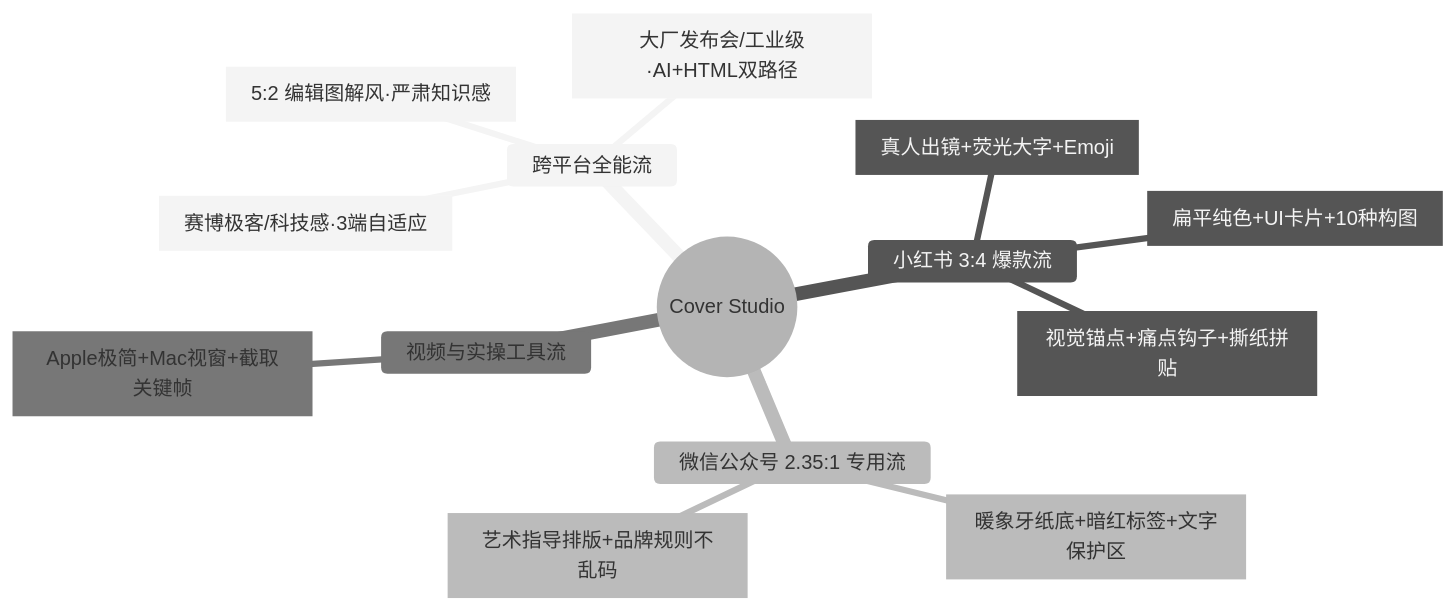
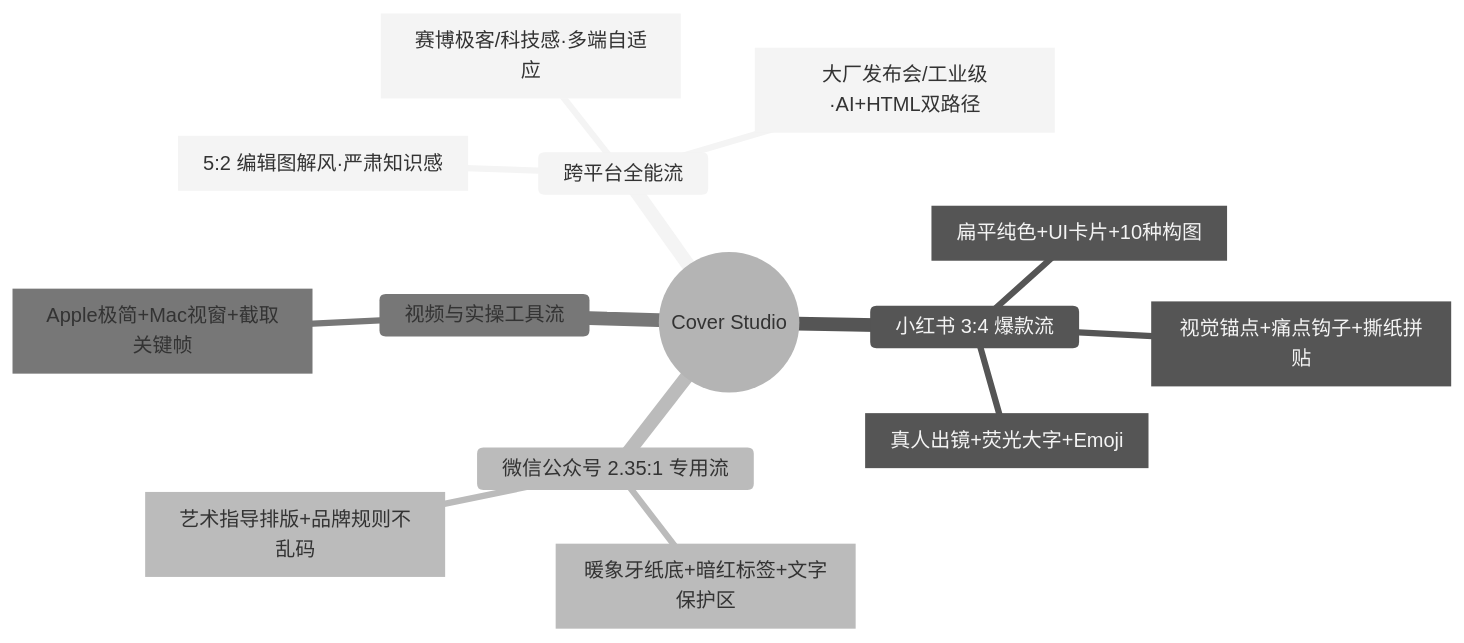
One commit to kaomei/cover-studio changed the second of 2 diagrams in README.zh-CN.md. Above: the diagram before and after it, drawn with Mermaid (neutral theme). The commit also changed other lines of this file and 9 other files, not shown here.

````diff
--- a/README.zh-CN.md
+++ b/README.zh-CN.md
@@ -71,17 +71,17 @@
 ```mermaid
 mindmap
   root((Cover Studio))
     跨平台全能流
-      punk-cover [赛博极客/科技感·3端自适应]
+      punk-cover [赛博极客/科技感·多端自适应]
       huashu-skills [大厂发布会/工业级·AI+HTML双路径]
       rn-cover-skill [5:2 编辑图解风·严肃知识感]
     小红书 3:4 爆款流
       atutun-xhs-cover [真人出镜+荧光大字+Emoji]
       gbro-cover-design [扁平纯色+UI卡片+10种构图]
       ponyo-cover-anchor-system [视觉锚点+痛点钩子+撕纸拼贴]
     微信公众号 2.35:1 专用流
       knowledge-media-cover [暖象牙纸底+暗红标签+文字保护区]
       wechatcover [艺术指导排版+品牌规则不乱码]
     视频与实操工具流
       oil-cover [Apple极简+Mac视窗+截取关键帧]
 ```
````
